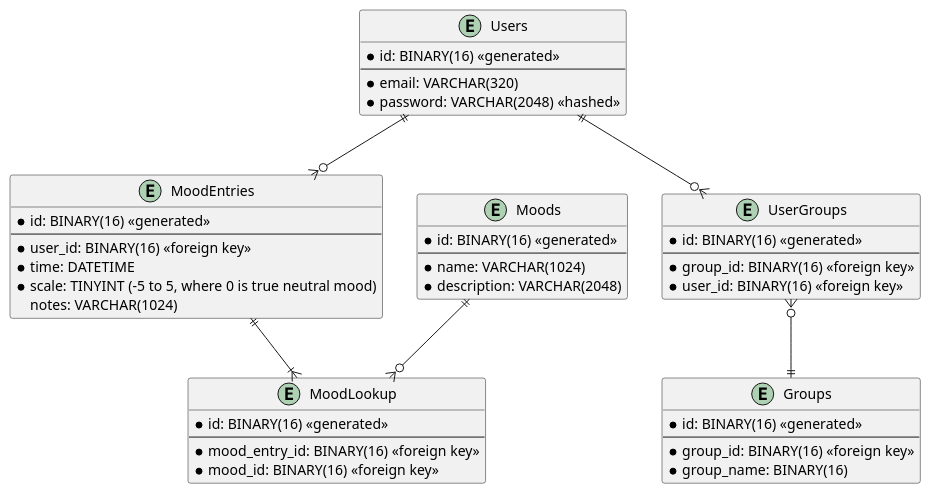
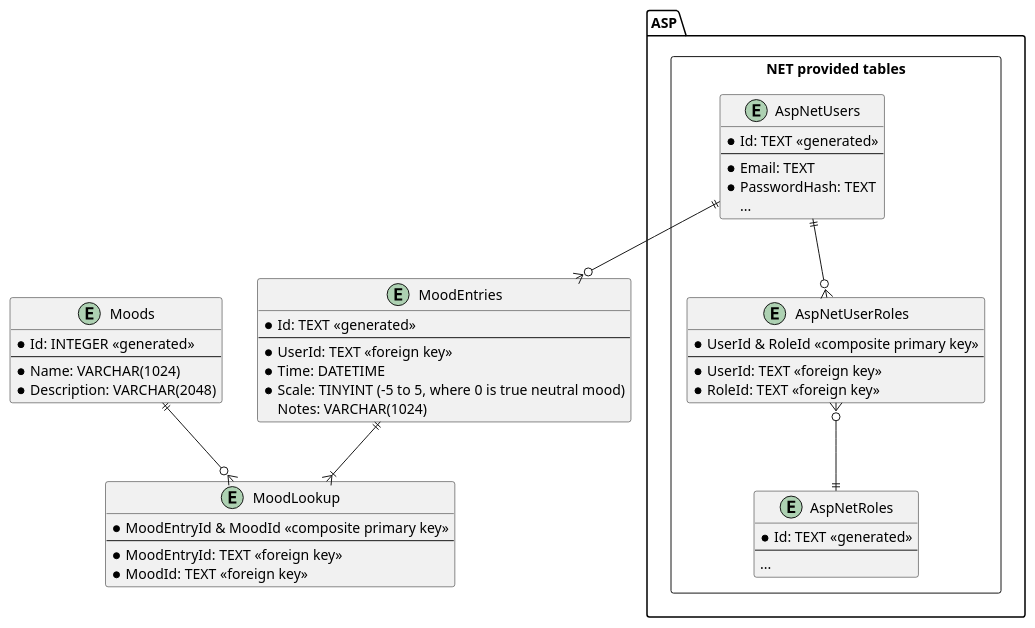
The diagram in UML/Mood Tracker Database.plantuml (izabela01/mood-tracker-zebra), drawn with PlantUML before and after one commit.

Commit message:
Update UML to use ASP.NET Identity

```diff
--- a/UML/Mood Tracker Database.plantuml
+++ b/UML/Mood Tracker Database.plantuml
@@ -1,60 +1,73 @@
 @startuml Mood Tracker App ERD
 
 ' Zero or One  = |o--
 ' Exactly One  = ||--
 ' Zero or Many = }o--
 ' One or Many  = }|--
 
-entity Users {
-  * id: BINARY(16) <<generated>>
-  --
-  * email: VARCHAR(320)
-  * password: VARCHAR(2048) <<hashed>>
+package "ASP.NET provided tables" <<Rectangle>> {
+  entity AspNetUsers {
+    * Id: TEXT <<generated>>
+    --
+    * Email: TEXT
+    * PasswordHash: TEXT
+    ...
+  }
+
+  entity AspNetRoles {
+    * Id: TEXT <<generated>>
+    --
+    ...
+  }
+
+  entity AspNetUserRoles {
+    * UserId & RoleId <<composite primary key>>
+    --
+    * UserId: TEXT <<foreign key>>
+    * RoleId: TEXT <<foreign key>>
+  }
+  ' TODO:
+  ' entity AspNetUserClaims {
+  '   * Id: TEXT <<generated>>
+  '   --
+  '   ...
+  ' }
+  ' entity AspNetRoleClaims {
+  '   * Id: INTEGER <<generated>>
+  '   --
+  '   ...
+  ' }
 }
 
 entity Moods {
-  * id: BINARY(16) <<generated>>
+  * Id: INTEGER <<generated>>
   --
-  * name: VARCHAR(1024)
-  * description: VARCHAR(2048)
+  * Name: VARCHAR(1024)
+  * Description: VARCHAR(2048)
 }
 
 entity MoodEntries {
-  * id: BINARY(16) <<generated>>
+  * Id: TEXT <<generated>>
   --
-  * user_id: BINARY(16) <<foreign key>>
-  * time: DATETIME
-  * scale: TINYINT (-5 to 5, where 0 is true neutral mood)
-  notes: VARCHAR(1024)
+  * UserId: TEXT <<foreign key>>
+  * Time: DATETIME
+  * Scale: TINYINT (-5 to 5, where 0 is true neutral mood)
+  Notes: VARCHAR(1024)
 }
 
 entity MoodLookup {
-  * id: BINARY(16) <<generated>>
+  * MoodEntryId & MoodId <<composite primary key>>
   --
-  * mood_entry_id: BINARY(16) <<foreign key>>
-  * mood_id: BINARY(16) <<foreign key>>
+  * MoodEntryId: TEXT <<foreign key>>
+  * MoodId: TEXT <<foreign key>>
 }
 
-entity Groups {
-  * id: BINARY(16) <<generated>>
-  --
-  * group_id: BINARY(16) <<foreign key>>
-  * group_name: BINARY(16)
-}
+AspNetUsers ||--o{ MoodEntries
+AspNetUsers ||--o{ AspNetUserRoles
 
-entity UserGroups {
-  * id: BINARY(16) <<generated>>
-  --
-  * group_id: BINARY(16) <<foreign key>>
-  * user_id: BINARY(16) <<foreign key>>
-}
-
-Users ||--o{ MoodEntries
-Users ||--o{ UserGroups
-
-UserGroups }o--|| Groups
+AspNetUserRoles }o--|| AspNetRoles
 
 Moods ||--o{ MoodLookup
 MoodEntries ||--|{ MoodLookup
 
 @enduml
```
